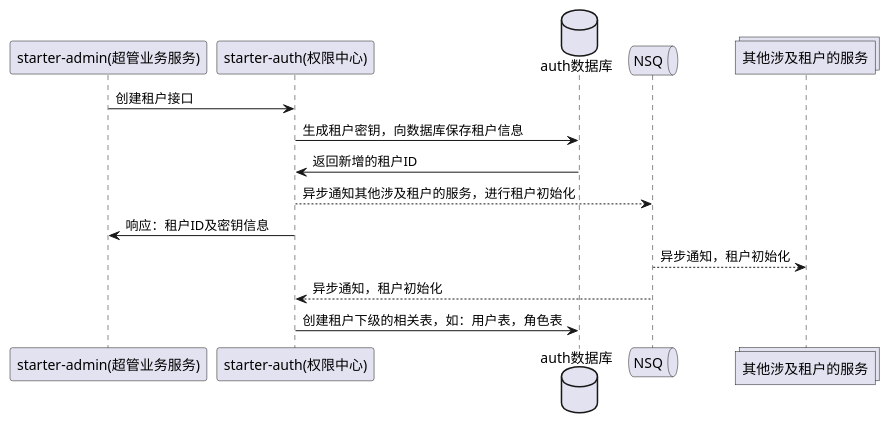
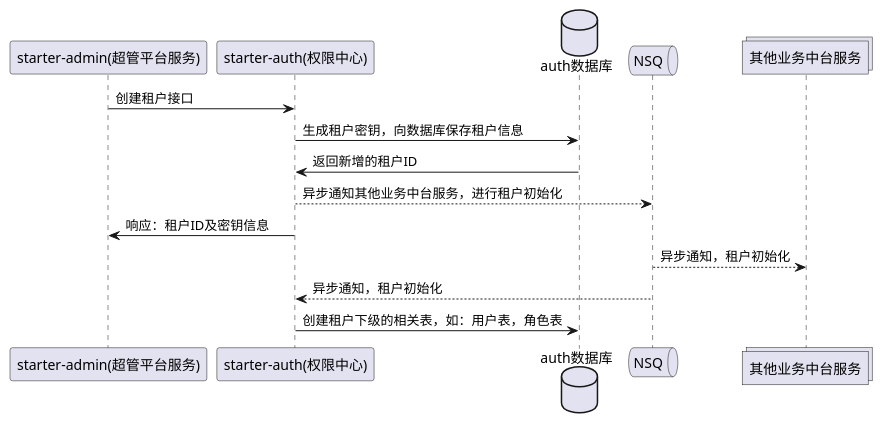
One commit to zhanjunjie2019/clover changed the diagram in starter-auth/docs/puml/tenant_create.puml. Above: the diagram before and after it, drawn with PlantUML. The commit also changed 5 other files, not shown here.

Commit message:
doc:更新时序图

```diff
--- a/starter-auth/docs/puml/tenant_create.puml
+++ b/starter-auth/docs/puml/tenant_create.puml
@@ -1,33 +1,33 @@
 @startuml
 
-participant "starter-admin(超管业务服务)"
+participant "starter-admin(超管平台服务)"
 participant "starter-auth(权限中心)"
 database "auth数据库"
 queue "NSQ"
-collections "其他涉及租户的服务"
+collections "其他业务中台服务"
 
-"starter-admin(超管业务服务)" -> "starter-auth(权限中心)" : \
+"starter-admin(超管平台服务)" -> "starter-auth(权限中心)" : \
 创建租户接口
 
 "starter-auth(权限中心)" -> "auth数据库" : \
 生成租户密钥，向数据库保存租户信息
 
 "starter-auth(权限中心)" <- "auth数据库" : \
 返回新增的租户ID
 
 "starter-auth(权限中心)" --> "NSQ" : \
-异步通知其他涉及租户的服务，进行租户初始化
+异步通知其他业务中台服务，进行租户初始化
 
-"starter-admin(超管业务服务)" <- "starter-auth(权限中心)" : \
+"starter-admin(超管平台服务)" <- "starter-auth(权限中心)" : \
 响应：租户ID及密钥信息
 
-"NSQ" --> "其他涉及租户的服务" : \
+"NSQ" --> "其他业务中台服务" : \
 异步通知，租户初始化
 
 "starter-auth(权限中心)" <-- "NSQ" : \
 异步通知，租户初始化
 
 "starter-auth(权限中心)" -> "auth数据库" : \
 创建租户下级的相关表，如：用户表，角色表
 
 @enduml
```
